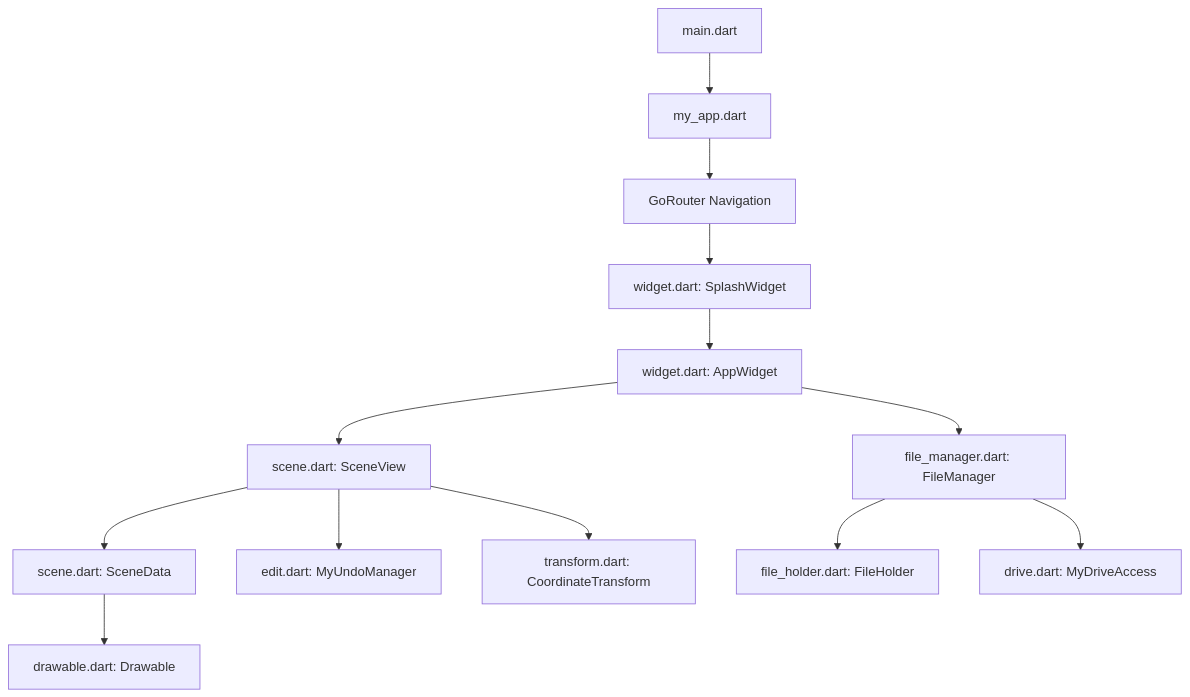
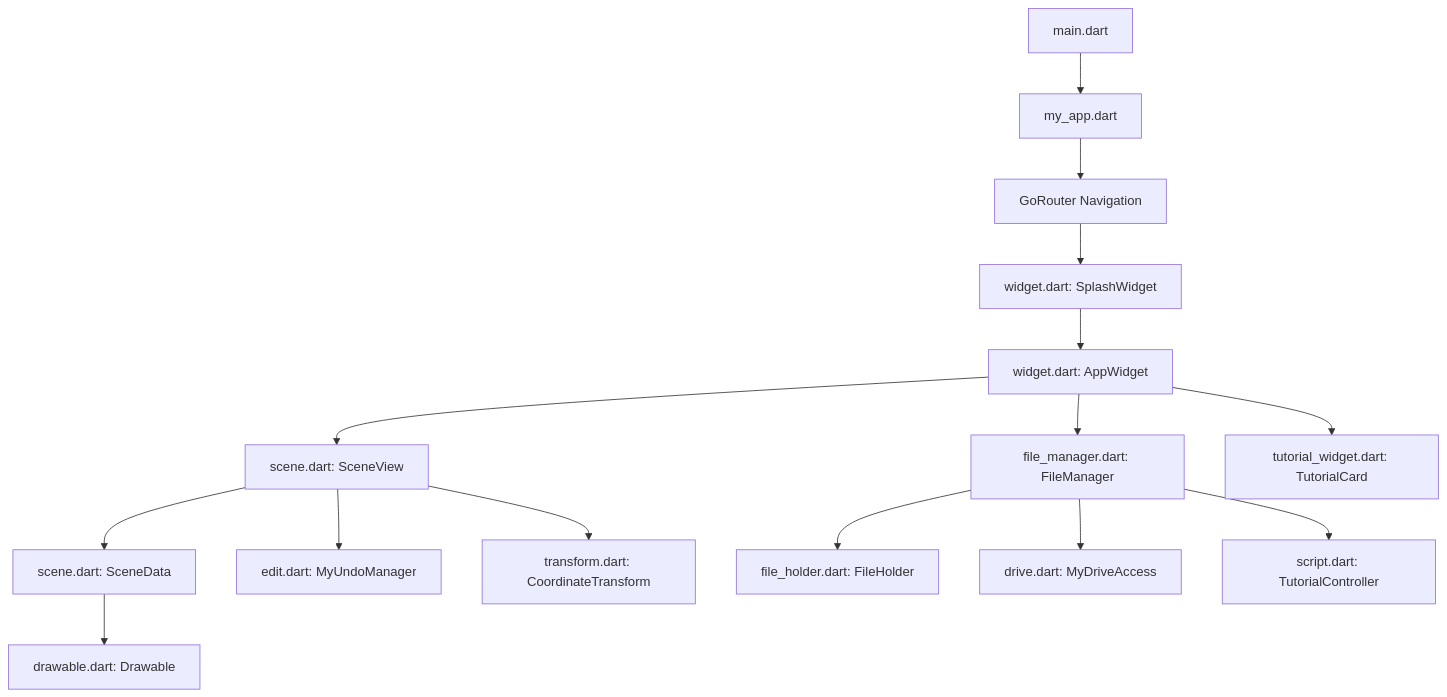
Before and after one commit to fredgc/spacetime: the diagram in GEMINI.md, drawn with Mermaid. The commit also changed other lines of this file and 144 other files, not shown here.

````diff
--- a/GEMINI.md
+++ b/GEMINI.md
@@ -49,18 +53,20 @@
 ```mermaid
 graph TD
     Main["main.dart"] --> MyApp["my_app.dart"]
     MyApp --> GoRouter["GoRouter Navigation"]
     GoRouter --> SplashWidget["widget.dart: SplashWidget"]
     SplashWidget --> AppWidget["widget.dart: AppWidget"]
 
     AppWidget --> SceneView["scene.dart: SceneView"]
     AppWidget --> FileManager["file_manager.dart: FileManager"]
+    AppWidget --> TutorialCard["tutorial_widget.dart: TutorialCard"]
 
     SceneView --> SceneData["scene.dart: SceneData"]
     SceneView --> UndoManager["edit.dart: MyUndoManager"]
     SceneView --> CoordTransform["transform.dart: CoordinateTransform"]
 
     SceneData --> Drawables["drawable.dart: Drawable"]
     FileManager --> FileHolder["file_holder.dart: FileHolder"]
     FileManager --> DriveAccess["drive.dart: MyDriveAccess"]
+    FileManager --> TutorialCtrl["script.dart: TutorialController"]
 ```
````
